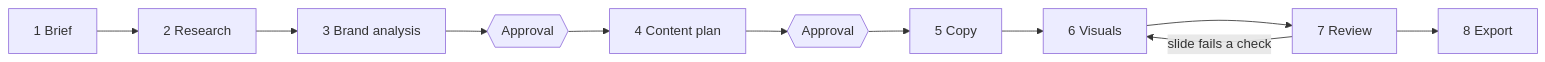
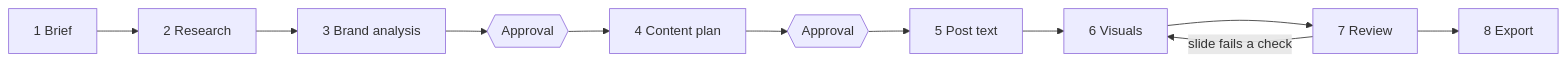
One commit to Aur316/ai-post-recipe changed the first of 2 diagrams in docs/architecture/03-generation-pipeline.md. Above: the diagram before and after it, drawn with Mermaid. The commit also changed other lines of this file and 32 other files, not shown here.

First line of the commit message:
Implement plan and copy phases for post generation

````diff
--- a/docs/architecture/03-generation-pipeline.md
+++ b/docs/architecture/03-generation-pipeline.md
@@ -5,10 +5,10 @@
 ```mermaid
 flowchart LR
   p1[1 Brief] --> p2[2 Research] --> p3[3 Brand analysis]
   p3 --> g1{{Approval}}
   g1 --> p4[4 Content plan]
   p4 --> g2{{Approval}}
-  g2 --> p5[5 Copy] --> p6[6 Visuals] --> p7[7 Review]
+  g2 --> p5[5 Post text] --> p6[6 Visuals] --> p7[7 Review]
   p7 -->|slide fails a check| p6
   p7 --> p8[8 Export]
 ```
````
